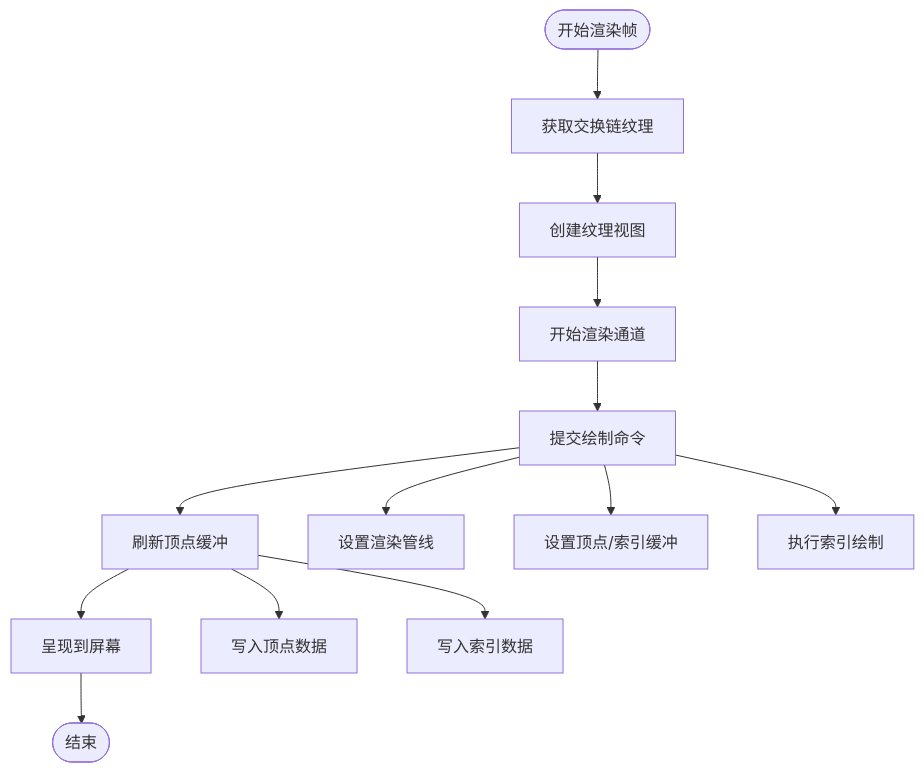
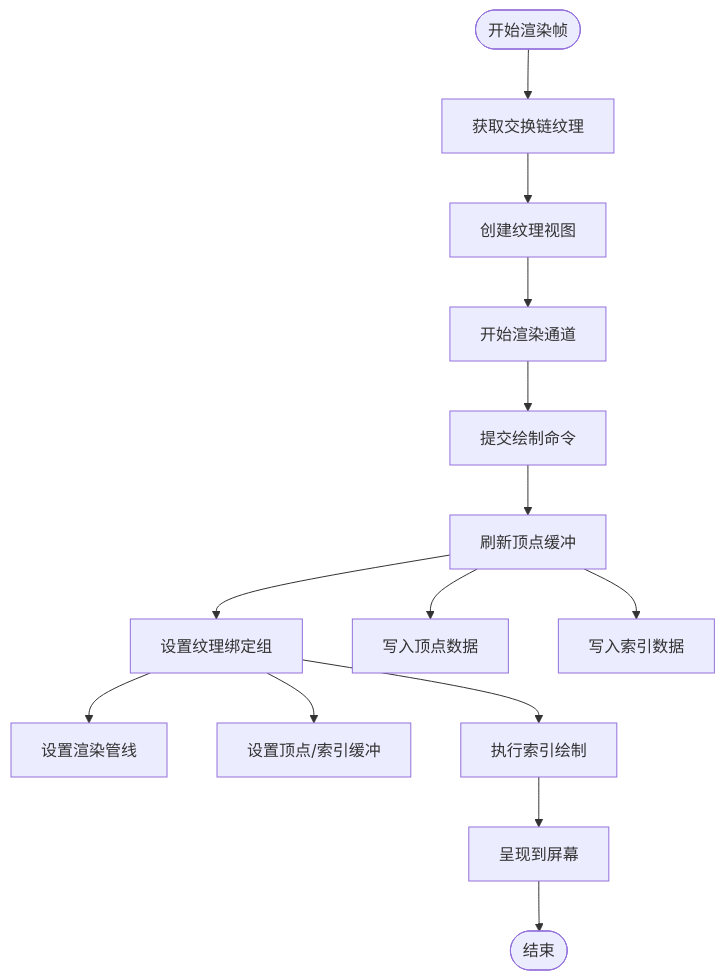
One commit to itszzl-sudo/iris changed the seventh of 17 diagrams in .qoder/repowiki/zh/content/技术架构详解/整体架构设计/Rust工作区架构.md. Above: the diagram before and after it, drawn with Mermaid. The commit also changed other lines of this file and 5 other files, not shown here.

````diff
--- a/.qoder/repowiki/zh/content/技术架构详解/整体架构设计/Rust工作区架构.md
+++ b/.qoder/repowiki/zh/content/技术架构详解/整体架构设计/Rust工作区架构.md
@@ -303,15 +353,16 @@
 ```mermaid
 flowchart TD
 Start([开始渲染帧]) --> AcquireTexture[获取交换链纹理]
 AcquireTexture --> CreateView[创建纹理视图]
 CreateView --> BeginPass[开始渲染通道]
 BeginPass --> SubmitCommands[提交绘制命令]
 SubmitCommands --> FlushVertices[刷新顶点缓冲]
-FlushVertices --> Present[呈现到屏幕]
-Present --> End([结束])
-SubmitCommands --> SetPipeline[设置渲染管线]
-SubmitCommands --> SetBuffers[设置顶点/索引缓冲]
-SubmitCommands --> DrawIndexed[执行索引绘制]
+FlushVertices --> SetBindGroup[设置纹理绑定组]
+SetBindGroup --> SetPipeline[设置渲染管线]
+SetBindGroup --> SetBuffers[设置顶点/索引缓冲]
+SetBindGroup --> DrawIndexed[执行索引绘制]
 FlushVertices --> WriteVertexData[写入顶点数据]
 FlushVertices --> WriteIndexData[写入索引数据]
+DrawIndexed --> Present[呈现到屏幕]
+Present --> End([结束])
 ```
````
